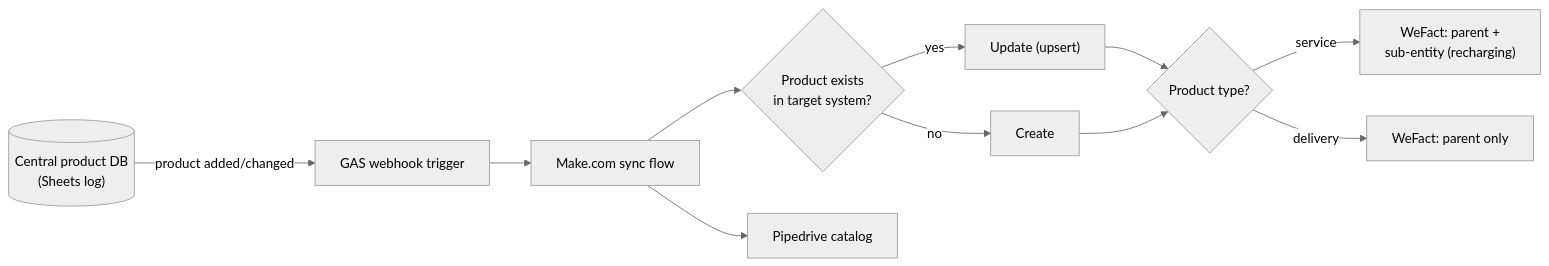
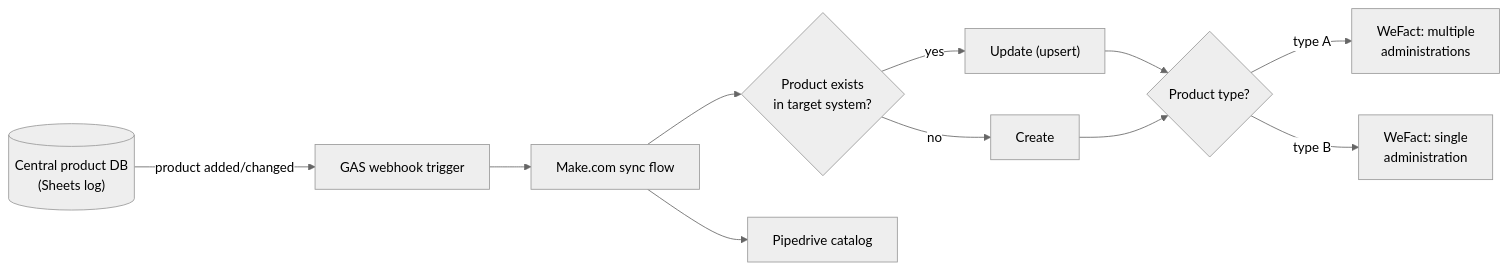
One commit to MatthiasBusscher/automation-portfolio changed the diagram in case-studies/02-product-master-data-sync.md. Above: the diagram before and after it, drawn with Mermaid (neutral theme). The commit also changed other lines of this file and 2 other files, not shown here.

Commit message:
Generalize remaining entity-specific details for confidentiality

````diff
--- a/case-studies/02-product-master-data-sync.md
+++ b/case-studies/02-product-master-data-sync.md
@@ -13,12 +13,12 @@
 ```mermaid
 flowchart LR
     DB[("Central product DB<br/>(Sheets log)")] -- "product added/changed" --> GAS["GAS webhook trigger"]
     GAS --> MAKE["Make.com sync flow"]
     MAKE --> SEARCH{"Product exists<br/>in target system?"}
     SEARCH -- yes --> UPD["Update (upsert)"]
     SEARCH -- no --> CREATE["Create"]
     UPD & CREATE --> ROUTE{"Product type?"}
-    ROUTE -- "service" --> BOTH["WeFact: parent +<br/>sub-entity (recharging)"]
-    ROUTE -- "delivery" --> PARENT["WeFact: parent only"]
+    ROUTE -- "type A" --> BOTH["WeFact: multiple<br/>administrations"]
+    ROUTE -- "type B" --> PARENT["WeFact: single<br/>administration"]
     MAKE --> PD["Pipedrive catalog"]
 ```
````
